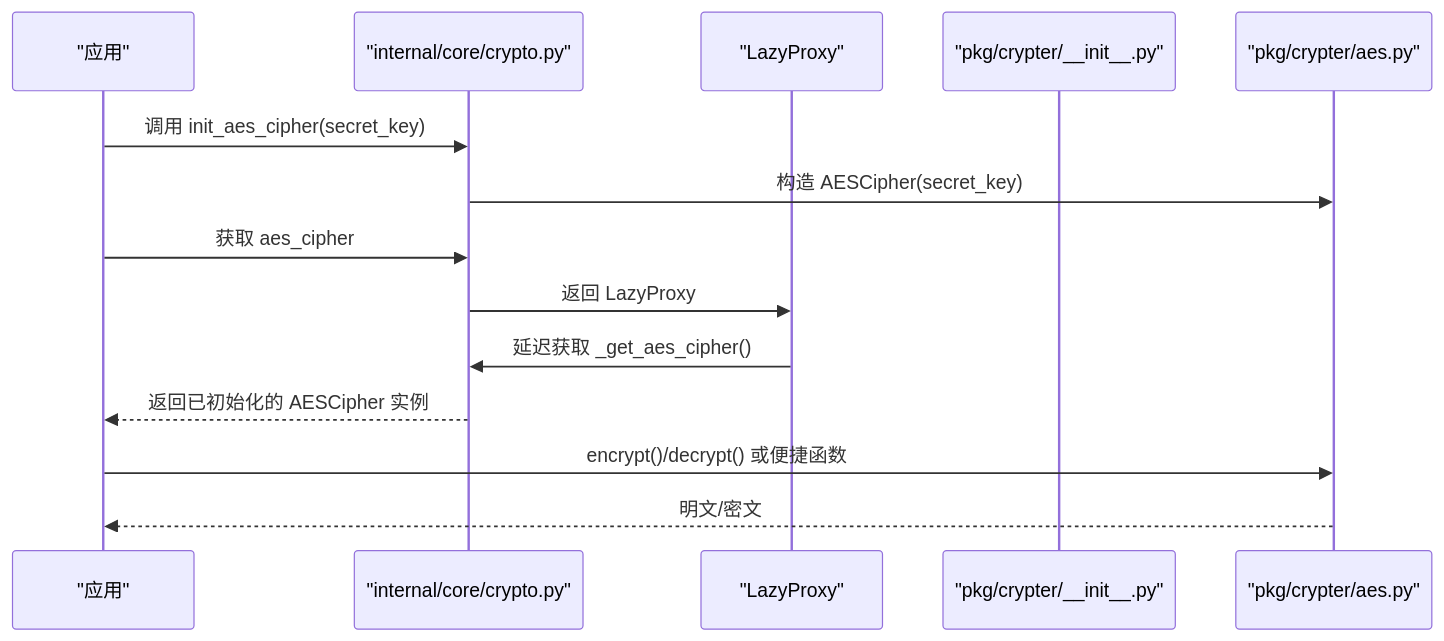
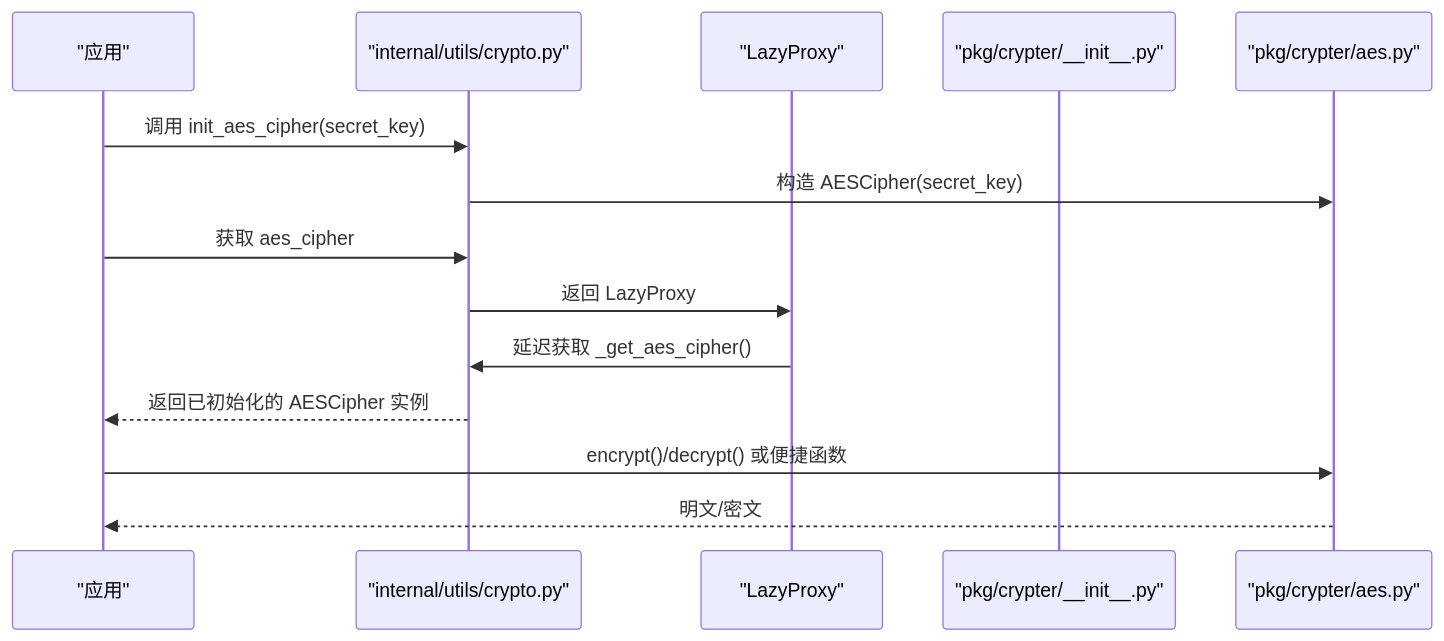
The second of 7 diagrams in .qoder/repowiki/zh/content/基础设施工具/加密工具.md (lilinzezzzzzz/fastapi-backend), drawn with Mermaid before and after one commit. The commit also changed other lines of this file and 42 other files, not shown here.

````diff
--- a/.qoder/repowiki/zh/content/基础设施工具/加密工具.md
+++ b/.qoder/repowiki/zh/content/基础设施工具/加密工具.md
@@ -102,16 +112,16 @@
 ```mermaid
 sequenceDiagram
 participant App as "应用"
-participant Core as "internal/core/crypto.py"
+participant Core as "internal/utils/crypto.py"
 participant Proxy as "LazyProxy"
 participant Factory as "pkg/crypter/__init__.py"
 participant AES as "pkg/crypter/aes.py"
 App->>Core : 调用 init_aes_cipher(secret_key)
 Core->>AES : 构造 AESCipher(secret_key)
 App->>Core : 获取 aes_cipher
 Core->>Proxy : 返回 LazyProxy
 Proxy->>Core : 延迟获取 _get_aes_cipher()
 Core-->>App : 返回已初始化的 AESCipher 实例
 App->>AES : encrypt()/decrypt() 或便捷函数
 AES-->>App : 明文/密文
 ```
````
